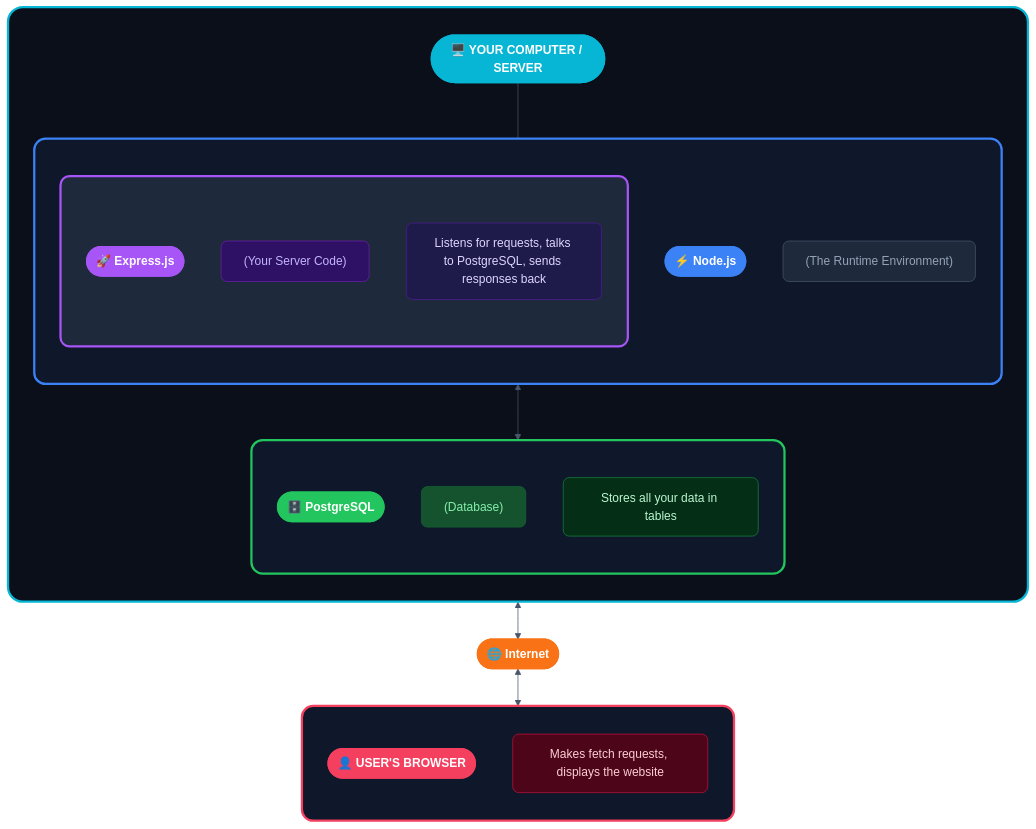
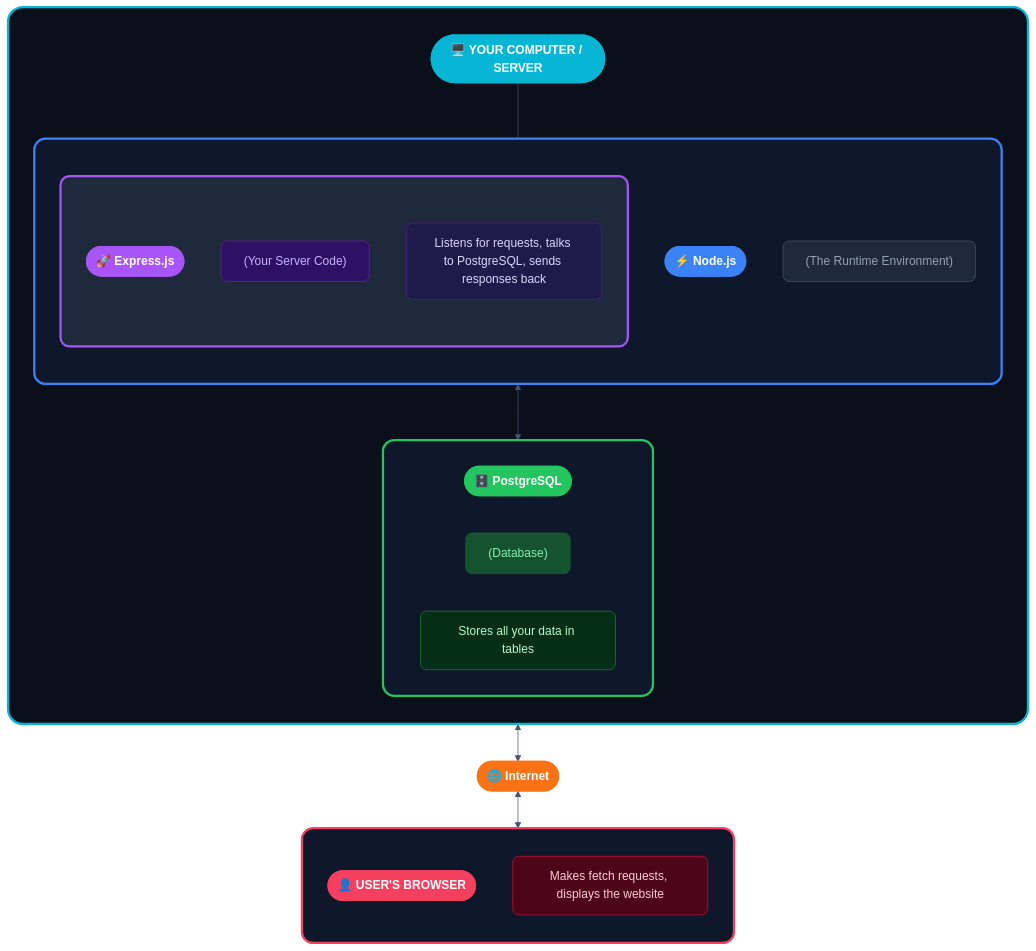
Before and after one commit to kennethpdang/ArborWiseSolutions: the second of 2 diagrams in tutorials/README.md, drawn with Mermaid.

Commit message:
Change direction of PostgreSQL subgraph in tutorials README for improved flow

````diff
--- a/tutorials/README.md
+++ b/tutorials/README.md
@@ -207,68 +207,68 @@
 ```mermaid
 flowchart TB
     subgraph SERVER[" "]
         direction TB
         S_TITLE(["🖥️ YOUR COMPUTER / SERVER"])
         
         subgraph NODEJS[" "]
             direction TB
             N_TITLE(["⚡ Node.js"])
             N_DESC["(The Runtime Environment)"]
             
             subgraph EXPRESS[" "]
                 direction TB
                 E_TITLE(["🚀 Express.js"])
                 E_DESC["(Your Server Code)"]
                 E_DETAIL["Listens for requests, talks to PostgreSQL, sends responses back"]
             end
         end
         
         subgraph POSTGRES[" "]
-            direction TB
+            direction LR
             P_TITLE(["🗄️ PostgreSQL"])
             P_DESC["(Database)"]
             P_DETAIL["Stores all your data in tables"]
         end
         
         S_TITLE ~~~ NODEJS
         EXPRESS <--> POSTGRES
     end
     
     INTERNET(["🌐 Internet"])
     
     subgraph BROWSER[" "]
         direction TB
         B_TITLE(["👤 USER'S BROWSER"])
         B_DETAIL["Makes fetch requests, displays the website"]
     end
     
     SERVER <--> INTERNET <--> BROWSER
 
     %% === SUBGRAPH STYLING ===
     style SERVER fill:#0a0f1a,stroke:#06b6d4,stroke-width:3px,rx:20,ry:20
     style NODEJS fill:#0f172a,stroke:#3b82f6,stroke-width:3px,rx:15,ry:15
     style EXPRESS fill:#1e293b,stroke:#a855f7,stroke-width:3px,rx:12,ry:12
     style POSTGRES fill:#0f172a,stroke:#22c55e,stroke-width:3px,rx:15,ry:15
     style BROWSER fill:#0f172a,stroke:#f43f5e,stroke-width:3px,rx:15,ry:15
     
     %% === TITLE STYLING (pill shaped) ===
     style S_TITLE fill:#06b6d4,stroke:#06b6d4,stroke-width:2px,color:#fff,font-weight:bold
     style N_TITLE fill:#3b82f6,stroke:#3b82f6,stroke-width:2px,color:#fff,font-weight:bold
     style E_TITLE fill:#a855f7,stroke:#a855f7,stroke-width:2px,color:#fff,font-weight:bold
     style P_TITLE fill:#22c55e,stroke:#22c55e,stroke-width:2px,color:#fff,font-weight:bold
     style B_TITLE fill:#f43f5e,stroke:#f43f5e,stroke-width:2px,color:#fff,font-weight:bold
     style INTERNET fill:#f97316,stroke:#f97316,stroke-width:2px,color:#fff,font-weight:bold
     
     %% === DESCRIPTION STYLING (subtitles) ===
     style N_DESC fill:#1e293b,stroke:#475569,color:#94a3b8,rx:8,ry:8
     style E_DESC fill:#2e1065,stroke:#6b21a8,color:#c4b5fd,rx:8,ry:8
     style P_DESC fill:#14532d,stroke:#166534,color:#86efac,rx:8,ry:8
     
     %% === DETAIL STYLING ===
     style E_DETAIL fill:#1e1b4b,stroke:#4c1d95,color:#ddd6fe,rx:8,ry:8
     style P_DETAIL fill:#052e16,stroke:#15803d,color:#bbf7d0,rx:8,ry:8
     style B_DETAIL fill:#4c0519,stroke:#be123c,color:#fecdd3,rx:8,ry:8
 
     %% === LINK STYLING ===
     linkStyle default stroke:#475569,stroke-width:1px
 ```
````
